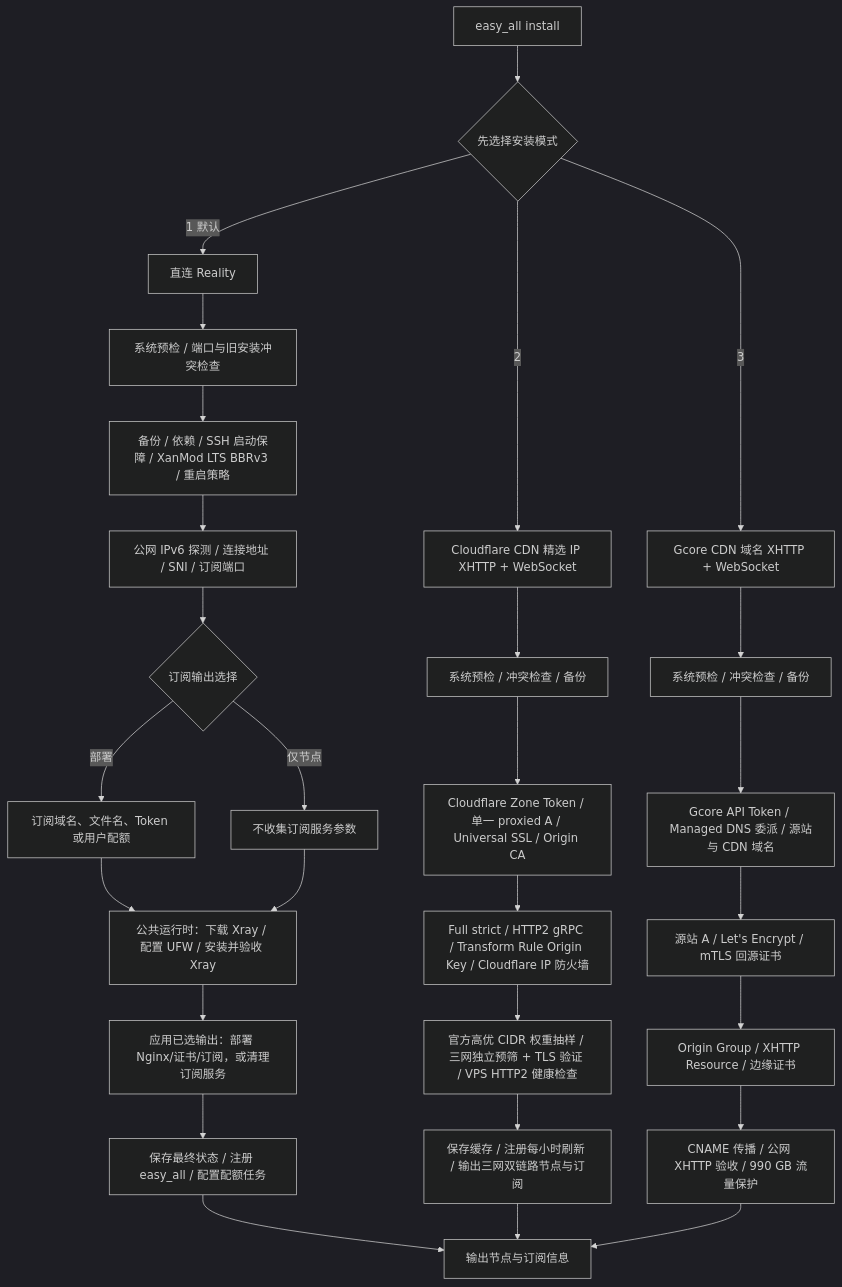
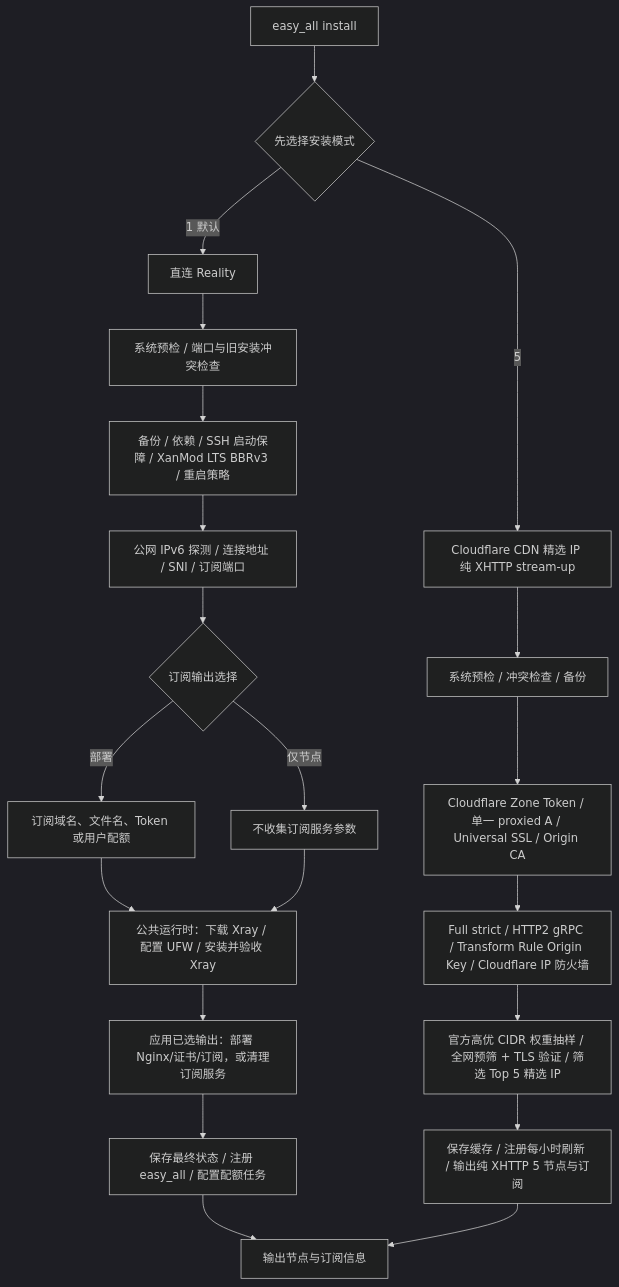
One commit to v2yiz/easy_all changed the diagram in README.md. Above: the diagram before and after it, drawn with Mermaid (dark theme). The commit also changed other lines of this file and 33 other files, not shown here.

````diff
--- a/README.md
+++ b/README.md
@@ -219,34 +209,25 @@
 ```mermaid
 flowchart TD
     A[easy_all install] --> B{先选择安装模式}
 
     B -->|1 默认| R0[直连 Reality]
     R0 --> R1[系统预检 / 端口与旧安装冲突检查]
     R1 --> R2[备份 / 依赖 / SSH 启动保障 / XanMod LTS BBRv3 / 重启策略]
     R2 --> R3[公网 IPv6 探测 / 连接地址 / SNI / 订阅端口]
     R3 --> R4{订阅输出选择}
     R4 -->|部署| R5[订阅域名、文件名、Token 或用户配额]
     R4 -->|仅节点| R6[不收集订阅服务参数]
     R5 --> R7[公共运行时：下载 Xray / 配置 UFW / 安装并验收 Xray]
     R6 --> R7
     R7 --> R8[应用已选输出：部署 Nginx/证书/订阅，或清理订阅服务]
     R8 --> R9[保存最终状态 / 注册 easy_all / 配置配额任务]
     R9 --> Z[输出节点与订阅信息]
 
-    B -->|2| C0[Cloudflare CDN 精选 IP XHTTP + WebSocket]
+    B -->|5| C0[Cloudflare CDN 精选 IP 纯 XHTTP stream-up]
     C0 --> C1[系统预检 / 冲突检查 / 备份]
     C1 --> C2[Cloudflare Zone Token / 单一 proxied A / Universal SSL / Origin CA]
     C2 --> C3[Full strict / HTTP2 gRPC / Transform Rule Origin Key / Cloudflare IP 防火墙]
-    C3 --> C4[官方高优 CIDR 权重抽样 / 三网独立预筛 + TLS 验证 / VPS HTTP2 健康检查]
-    C4 --> C5[保存缓存 / 注册每小时刷新 / 输出三网双链路节点与订阅]
+    C3 --> C4[官方高优 CIDR 权重抽样 / 全网预筛 + TLS 验证 / 筛选 Top 5 精选 IP]
+    C4 --> C5[保存缓存 / 注册每小时刷新 / 输出纯 XHTTP 5 节点与订阅]
     C5 --> Z
-
-    B -->|3| G0[Gcore CDN 域名 XHTTP + WebSocket]
-    G0 --> G1[系统预检 / 冲突检查 / 备份]
-    G1 --> G2[Gcore API Token / Managed DNS 委派 / 源站与 CDN 域名]
-    G2 --> G3[源站 A / Let's Encrypt / mTLS 回源证书]
-    G3 --> G4[Origin Group / XHTTP Resource / 边缘证书]
-    G4 --> G5[CNAME 传播 / 公网 XHTTP 验收 / 990 GB 流量保护]
-    G5 --> Z
-
 ```
````
